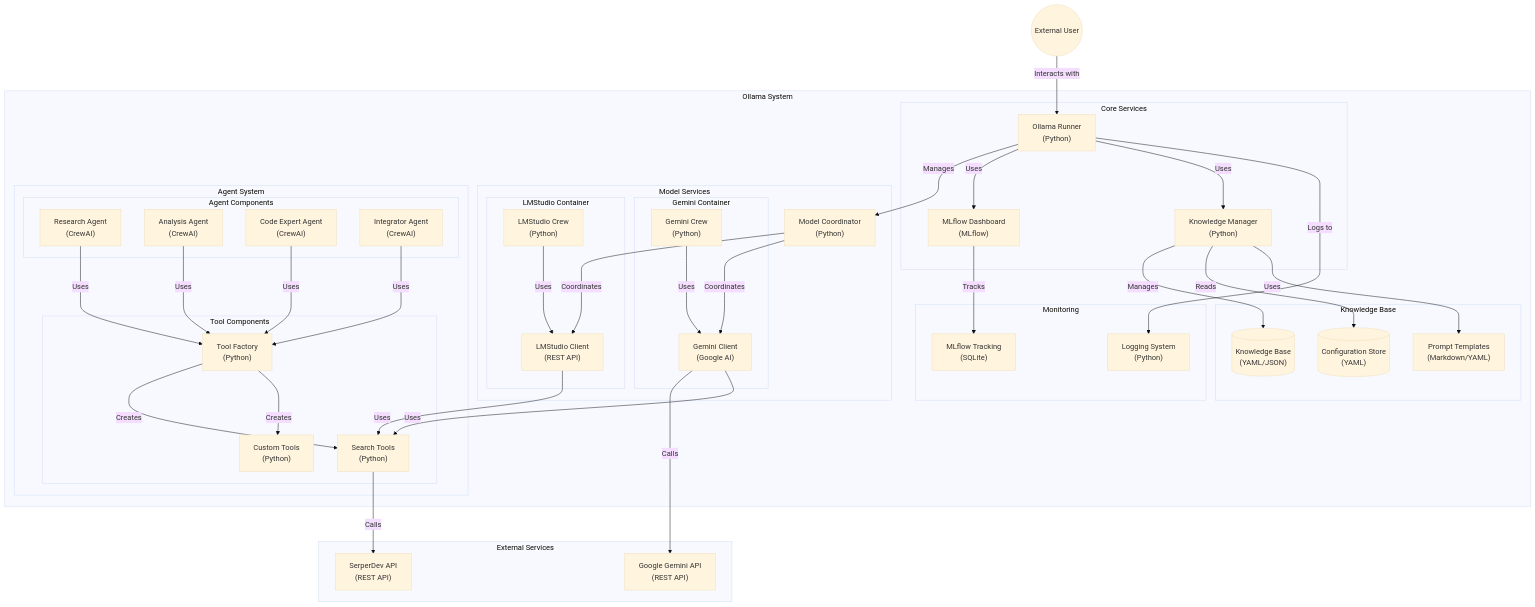
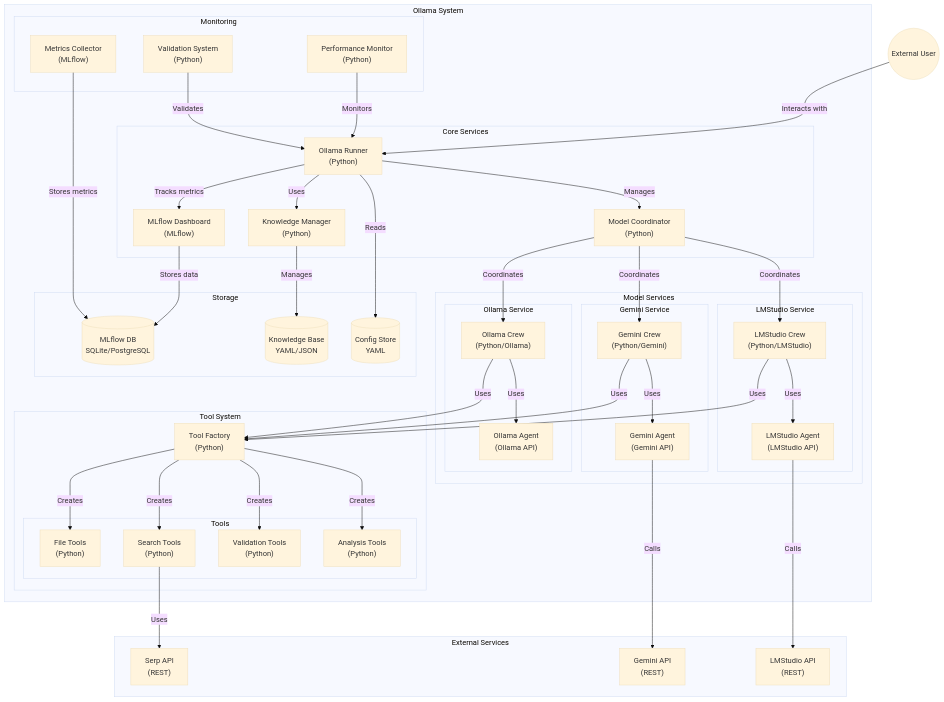
One commit to ssdeanx/deanmachines-crewai changed the seventh of 7 diagrams in README.md. Above: the diagram before and after it, drawn with Mermaid (base theme). The commit also changed 1 other file, not shown here.

Commit message:
Add initial system diagram for Ollama architecture
- Created a new draw.io diagram file to represent the system architecture for the Ollama project.
- The diagram includes various services such as Ollama Service, LMStudio Service, and Gemini Service, along with their interactions.
- Added components for monitoring, storage, and tools, detailing their relationships and functionalities.

````diff
--- a/README.md
+++ b/README.md
@@ -317,83 +317,89 @@
             OllamaRunner["Ollama Runner<br>(Python)"]
             MLflowDashboard["MLflow Dashboard<br>(MLflow)"]
             KnowledgeManager["Knowledge Manager<br>(Python)"]
+            ModelCoordinator["Model Coordinator<br>(Python)"]
         end
 
         subgraph "Model Services"
-            subgraph "Gemini Container"
-                GeminiClient["Gemini Client<br>(Google AI)"]
-                GeminiCrew["Gemini Crew<br>(Python)"]
+            subgraph "Gemini Service"
+                GeminiCrew["Gemini Crew<br>(Python/Gemini)"]
+                GeminiAgent["Gemini Agent<br>(Gemini API)"]
             end
 
-            subgraph "LMStudio Container"
-                LMStudioClient["LMStudio Client<br>(REST API)"]
-                LMStudioCrew["LMStudio Crew<br>(Python)"]
+            subgraph "LMStudio Service"
+                LMStudioCrew["LMStudio Crew<br>(Python/LMStudio)"]
+                LMStudioAgent["LMStudio Agent<br>(LMStudio API)"]
             end
 
-            ModelCoordinator["Model Coordinator<br>(Python)"]
-        end
-
-        subgraph "Agent System"
-            subgraph "Agent Components"
-                ResearchAgent["Research Agent<br>(CrewAI)"]
-                AnalysisAgent["Analysis Agent<br>(CrewAI)"]
-                CodeExpertAgent["Code Expert Agent<br>(CrewAI)"]
-                IntegratorAgent["Integrator Agent<br>(CrewAI)"]
-            end
-
-            subgraph "Tool Components"
-                ToolFactory["Tool Factory<br>(Python)"]
-                SearchTools["Search Tools<br>(Python)"]
-                CustomTools["Custom Tools<br>(Python)"]
+            subgraph "Ollama Service"
+                OllamaCrew["Ollama Crew<br>(Python/Ollama)"]
+                OllamaAgent["Ollama Agent<br>(Ollama API)"]
             end
         end
 
-        subgraph "Knowledge Base"
-            KnowledgeBase[("Knowledge Base<br>(YAML/JSON)")]
-            ConfigStore[("Configuration Store<br>(YAML)")]
-            PromptTemplates["Prompt Templates<br>(Markdown/YAML)"]
+        subgraph "Tool System"
+            ToolFactory["Tool Factory<br>(Python)"]
+            subgraph "Tools"
+                FileTools["File Tools<br>(Python)"]
+                SearchTools["Search Tools<br>(Python)"]
+                ValidationTools["Validation Tools<br>(Python)"]
+                AnalysisTools["Analysis Tools<br>(Python)"]
+            end
+        end
+
+        subgraph "Storage"
+            MLflowDB[("MLflow DB<br>SQLite/PostgreSQL")]
+            KnowledgeBase[("Knowledge Base<br>YAML/JSON")]
+            ConfigStore[("Config Store<br>YAML")]
         end
 
         subgraph "Monitoring"
-            MLflowTracking["MLflow Tracking<br>(SQLite)"]
-            Logging["Logging System<br>(Python)"]
+            MetricsCollector["Metrics Collector<br>(MLflow)"]
+            PerformanceMonitor["Performance Monitor<br>(Python)"]
+            ValidationSystem["Validation System<br>(Python)"]
         end
     end
 
     subgraph "External Services"
-        SerperDev["SerperDev API<br>(REST API)"]
-        GeminiAPI["Google Gemini API<br>(REST API)"]
+        SerpAPI["Serp API<br>(REST)"]
+        GeminiAPI["Gemini API<br>(REST)"]
+        LMStudioAPI["LMStudio API<br>(REST)"]
     end
 
     %% Relationships
     User -->|"Interacts with"| OllamaRunner
     OllamaRunner -->|"Manages"| ModelCoordinator
-    OllamaRunner -->|"Uses"| MLflowDashboard
+    OllamaRunner -->|"Tracks metrics"| MLflowDashboard
     OllamaRunner -->|"Uses"| KnowledgeManager
 
-    ModelCoordinator -->|"Coordinates"| GeminiClient
-    ModelCoordinator -->|"Coordinates"| LMStudioClient
+    ModelCoordinator -->|"Coordinates"| GeminiCrew
+    ModelCoordinator -->|"Coordinates"| LMStudioCrew
+    ModelCoordinator -->|"Coordinates"| OllamaCrew
 
-    GeminiClient -->|"Calls"| GeminiAPI
-    GeminiClient -->|"Uses"| SearchTools
-    LMStudioClient -->|"Uses"| SearchTools
+    GeminiCrew -->|"Uses"| GeminiAgent
+    LMStudioCrew -->|"Uses"| LMStudioAgent
+    OllamaCrew -->|"Uses"| OllamaAgent
 
-    GeminiCrew -->|"Uses"| GeminiClient
-    LMStudioCrew -->|"Uses"| LMStudioClient
+    GeminiAgent -->|"Calls"| GeminiAPI
+    LMStudioAgent -->|"Calls"| LMStudioAPI
 
-    ResearchAgent -->|"Uses"| ToolFactory
-    AnalysisAgent -->|"Uses"| ToolFactory
-    CodeExpertAgent -->|"Uses"| ToolFactory
-    IntegratorAgent -->|"Uses"| ToolFactory
+    ToolFactory -->|"Creates"| FileTools
+    ToolFactory -->|"Creates"| SearchTools
+    ToolFactory -->|"Creates"| ValidationTools
+    ToolFactory -->|"Creates"| AnalysisTools
 
-    ToolFactory -->|"Creates"| SearchTools
-    ToolFactory -->|"Creates"| CustomTools
-    SearchTools -->|"Calls"| SerperDev
+    SearchTools -->|"Uses"| SerpAPI
 
+    MLflowDashboard -->|"Stores data"| MLflowDB
     KnowledgeManager -->|"Manages"| KnowledgeBase
-    KnowledgeManager -->|"Reads"| ConfigStore
-    KnowledgeManager -->|"Uses"| PromptTemplates
+    OllamaRunner -->|"Reads"| ConfigStore
 
-    MLflowDashboard -->|"Tracks"| MLflowTracking
-    OllamaRunner -->|"Logs to"| Logging
+    MetricsCollector -->|"Stores metrics"| MLflowDB
+    PerformanceMonitor -->|"Monitors"| OllamaRunner
+    ValidationSystem -->|"Validates"| OllamaRunner
+
+    %% Tool Usage
+    GeminiCrew -->|"Uses"| ToolFactory
+    LMStudioCrew -->|"Uses"| ToolFactory
+    OllamaCrew -->|"Uses"| ToolFactory
 ```
````
